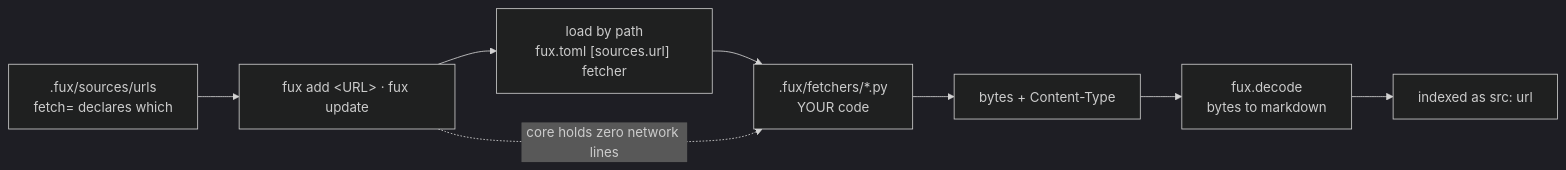
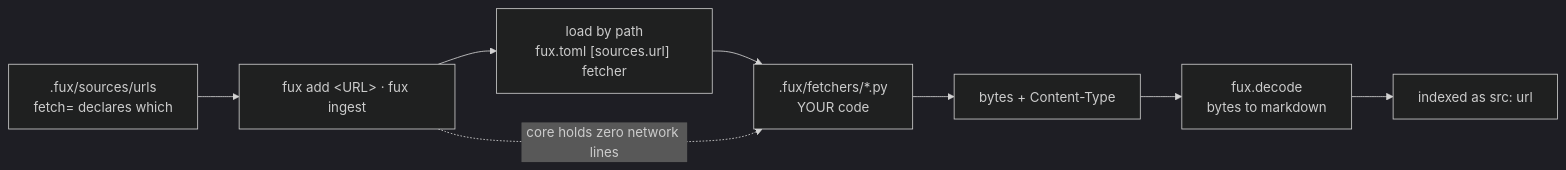
Before and after one commit to arpitarya/fux: the diagram in records/0117_fetcher.md, drawn with Mermaid (dark theme). The commit also changed other lines of this file and 108 other files, not shown here.

First line of the commit message:
feat(w-177)!: `fux update` is deleted; `fux ingest` absorbs its whole surface

````diff
--- a/records/0117_fetcher.md
+++ b/records/0117_fetcher.md
@@ -41,10 +41,10 @@
 ```mermaid
 flowchart LR
-    L[".fux/sources/urls<br/>fetch= declares which"] --> R["fux add &lt;URL&gt; · fux update"]
+    L[".fux/sources/urls<br/>fetch= declares which"] --> R["fux add &lt;URL&gt; · fux ingest"]
     R --> P["load by path<br/>fux.toml [sources.url] fetcher"]
     P --> F[".fux/fetchers/*.py<br/>YOUR code"]
     F --> B["bytes + Content-Type"]
     B --> DC["fux.decode<br/>bytes to markdown"]
     DC --> I["indexed as src: url"]
     R -.->|core holds zero network lines| F
 ```
````
